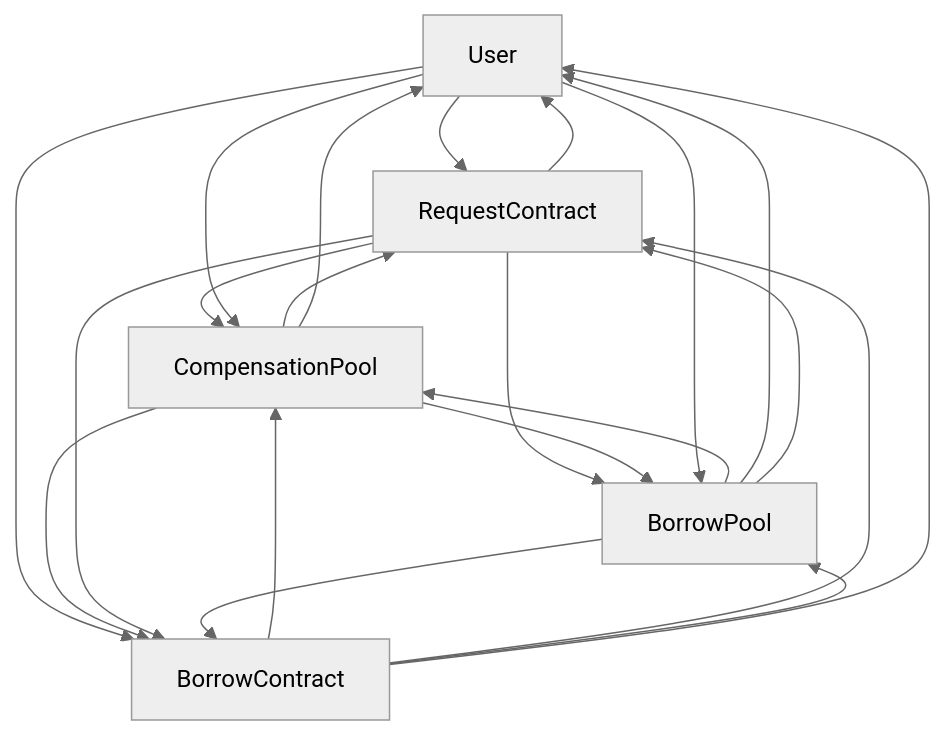
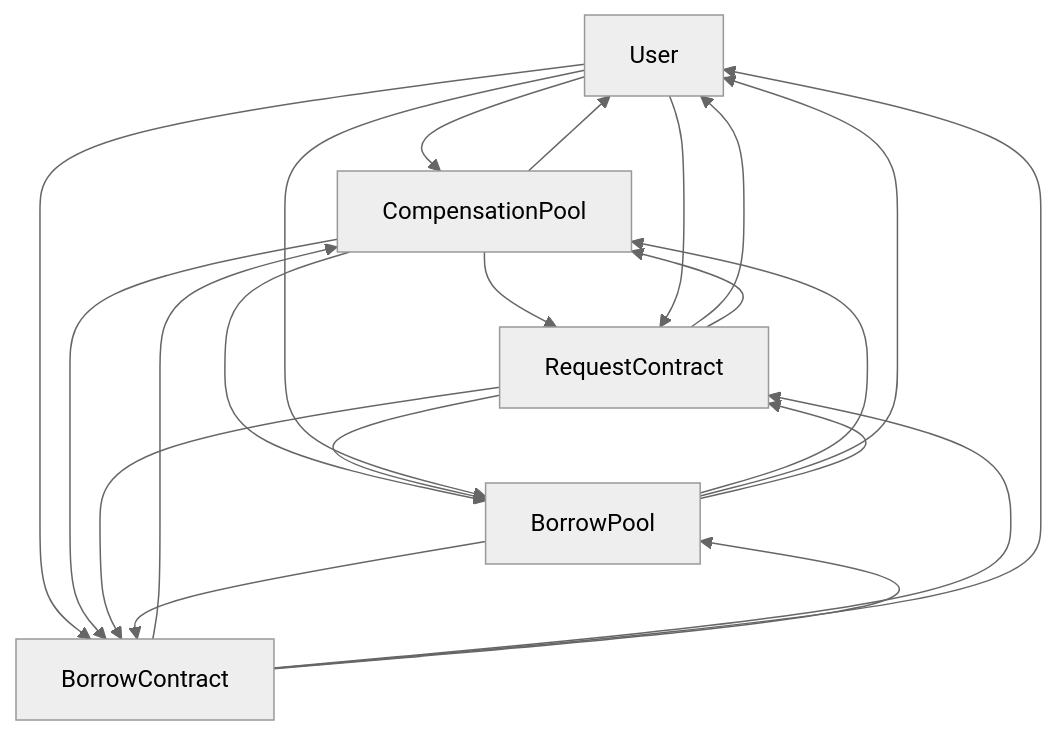
One commit to Timurhaip/contract changed the second of 2 diagrams in buildAppContract/AppContract_User.md. Above: the diagram before and after it, drawn with Mermaid (neutral theme). The commit also changed other lines of this file and 333 other files, not shown here.

````diff
--- a/buildAppContract/AppContract_User.md
+++ b/buildAppContract/AppContract_User.md
@@ -275,24 +291,24 @@
 ```mermaid
 graph TD
 User
+User --> CompensationPool
+CompensationPool --> RequestContract
+RequestContract --> User
 User --> RequestContract
 RequestContract --> CompensationPool
-CompensationPool --> RequestContract
-RequestContract --> BorrowPool
+CompensationPool --> BorrowPool
 BorrowPool --> CompensationPool
-CompensationPool --> BorrowPool
-BorrowPool --> User
-User --> CompensationPool
 CompensationPool --> User
 User --> BorrowContract
 BorrowContract --> CompensationPool
 CompensationPool --> BorrowContract
 BorrowContract --> RequestContract
-RequestContract --> User
+RequestContract --> BorrowPool
+BorrowPool --> User
 User --> BorrowPool
 BorrowPool --> RequestContract
 RequestContract --> BorrowContract
+BorrowContract --> User
 BorrowContract --> BorrowPool
 BorrowPool --> BorrowContract
-BorrowContract --> User
 ```
````
